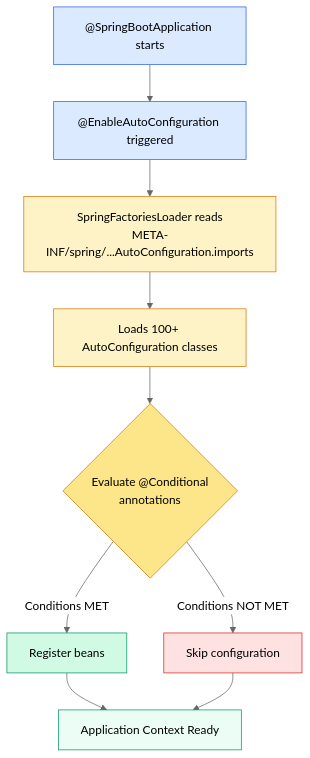
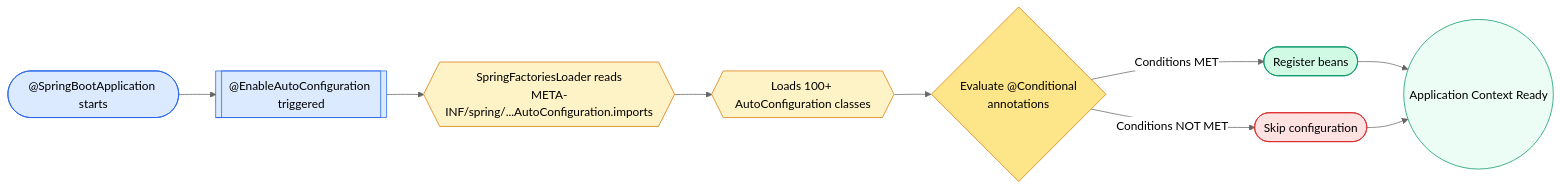
The second of 3 diagrams in docs/springboot/AutoConfiguration.md (saivamsikaruturi/vamsilabs-dev-notes-main), drawn with Mermaid (neutral theme) before and after one commit. The commit also changed other lines of this file and 146 other files, not shown here.

Commit message:
Horizontal diagrams, UML class diagrams, typography overhaul, and permalink cleanup

````diff
--- a/docs/springboot/AutoConfiguration.md
+++ b/docs/springboot/AutoConfiguration.md
@@ -32,20 +45,20 @@
 ```mermaid
-flowchart TD
-    A["@SpringBootApplication starts"] --> B["@EnableAutoConfiguration triggered"]
-    B --> C["SpringFactoriesLoader reads<br/>META-INF/spring/...AutoConfiguration.imports"]
-    C --> D["Loads 100+ AutoConfiguration classes"]
+flowchart LR
+    A(["@SpringBootApplication starts"]) --> B[["@EnableAutoConfiguration triggered"]]
+    B --> C{{"SpringFactoriesLoader reads<br/>META-INF/spring/...AutoConfiguration.imports"}}
+    C --> D{{"Loads 100+ AutoConfiguration classes"}}
     D --> E{"Evaluate @Conditional<br/>annotations"}
-    E -->|Conditions MET| F["Register beans"]
-    E -->|Conditions NOT MET| G["Skip configuration"]
-    F --> H["Application Context Ready"]
+    E -->|Conditions MET| F(["Register beans"])
+    E -->|Conditions NOT MET| G(["Skip configuration"])
+    F --> H(("Application Context Ready"))
     G --> H
 
     style A fill:#DBEAFE,stroke:#2563EB
     style B fill:#DBEAFE,stroke:#2563EB
     style C fill:#FEF3C7,stroke:#D97706
     style D fill:#FEF3C7,stroke:#D97706
     style E fill:#FDE68A,stroke:#D97706
     style F fill:#D1FAE5,stroke:#059669
     style G fill:#FEE2E2,stroke:#DC2626
     style H fill:#ECFDF5,stroke:#059669
 ```
````
